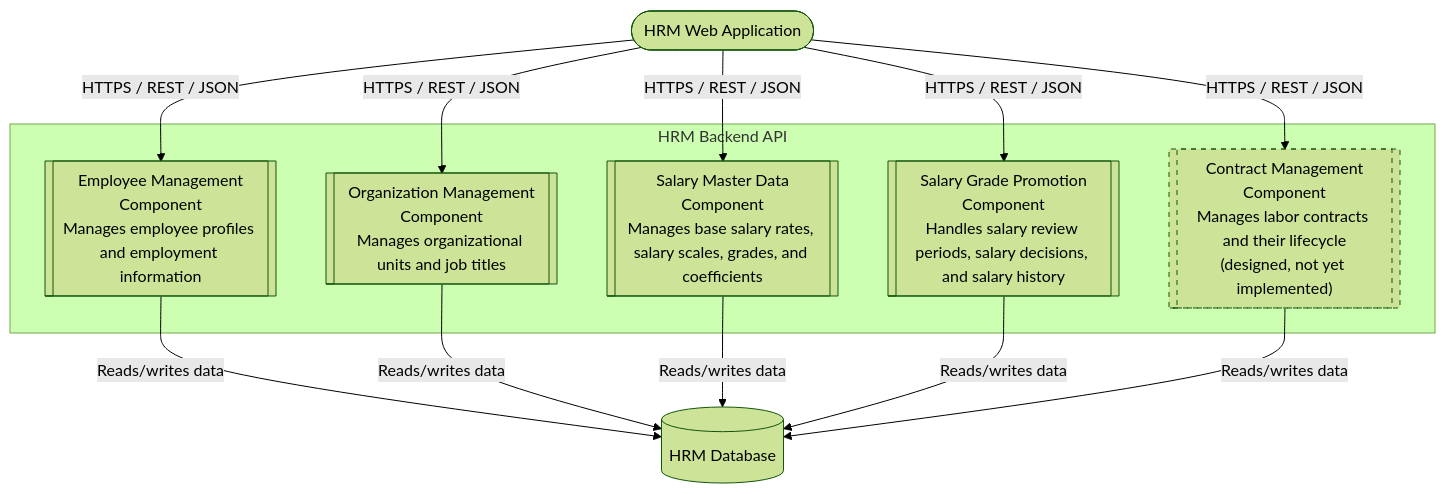
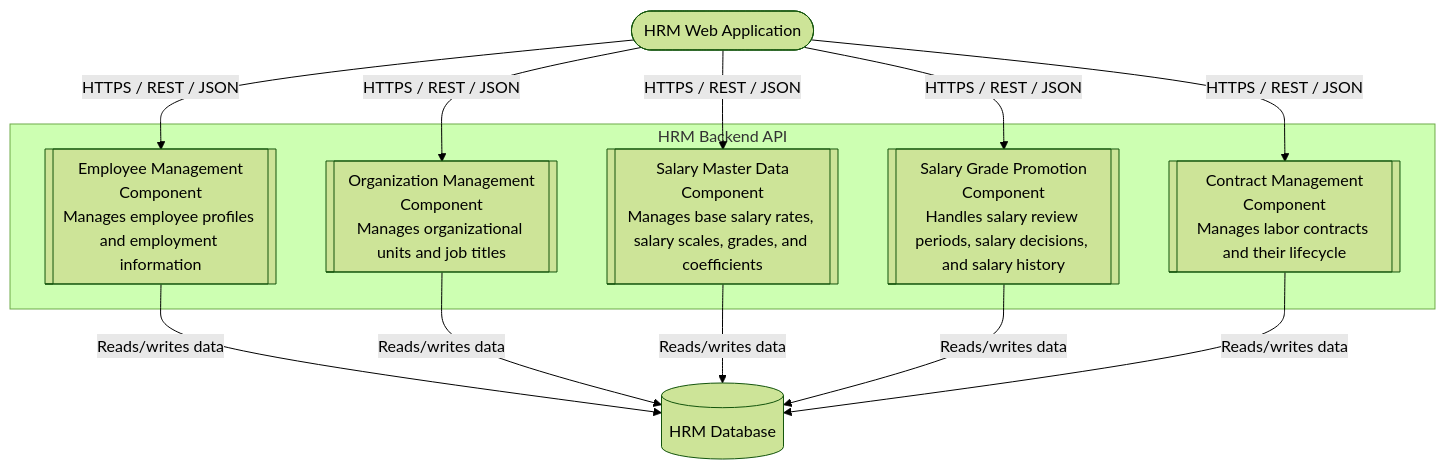
One commit to sang2197/QuanLyNhanSu-NguyenVanSang changed the third of 3 diagrams in Docs/c4/README.md. Above: the diagram before and after it, drawn with Mermaid (forest theme). The commit also changed other lines of this file and 38 other files, not shown here.

````diff
--- a/Docs/c4/README.md
+++ b/Docs/c4/README.md
@@ -110,28 +110,26 @@
 ```mermaid
 flowchart TB
     WEB([HRM Web Application])
 
     subgraph API["HRM Backend API"]
         EMP[["Employee Management<br/>Component<br/>Manages employee profiles and employment information"]]
         ORG[["Organization Management<br/>Component<br/>Manages organizational units and job titles"]]
         SAL[["Salary Master Data<br/>Component<br/>Manages base salary rates, salary scales, grades, and coefficients"]]
         SGP[["Salary Grade Promotion<br/>Component<br/>Handles salary review periods, salary decisions, and salary history"]]
-        CON[["Contract Management<br/>Component<br/>Manages labor contracts and their lifecycle<br/>(designed, not yet implemented)"]]
+        CON[["Contract Management<br/>Component<br/>Manages labor contracts and their lifecycle"]]
     end
 
     DB[("HRM Database")]
 
     WEB -->|HTTPS / REST / JSON| EMP
     WEB -->|HTTPS / REST / JSON| ORG
     WEB -->|HTTPS / REST / JSON| SAL
     WEB -->|HTTPS / REST / JSON| SGP
     WEB -->|HTTPS / REST / JSON| CON
 
     EMP -->|Reads/writes data| DB
     ORG -->|Reads/writes data| DB
     SAL -->|Reads/writes data| DB
     SGP -->|Reads/writes data| DB
     CON -->|Reads/writes data| DB
-
-    style CON stroke-dasharray: 5 5
 ```
````
